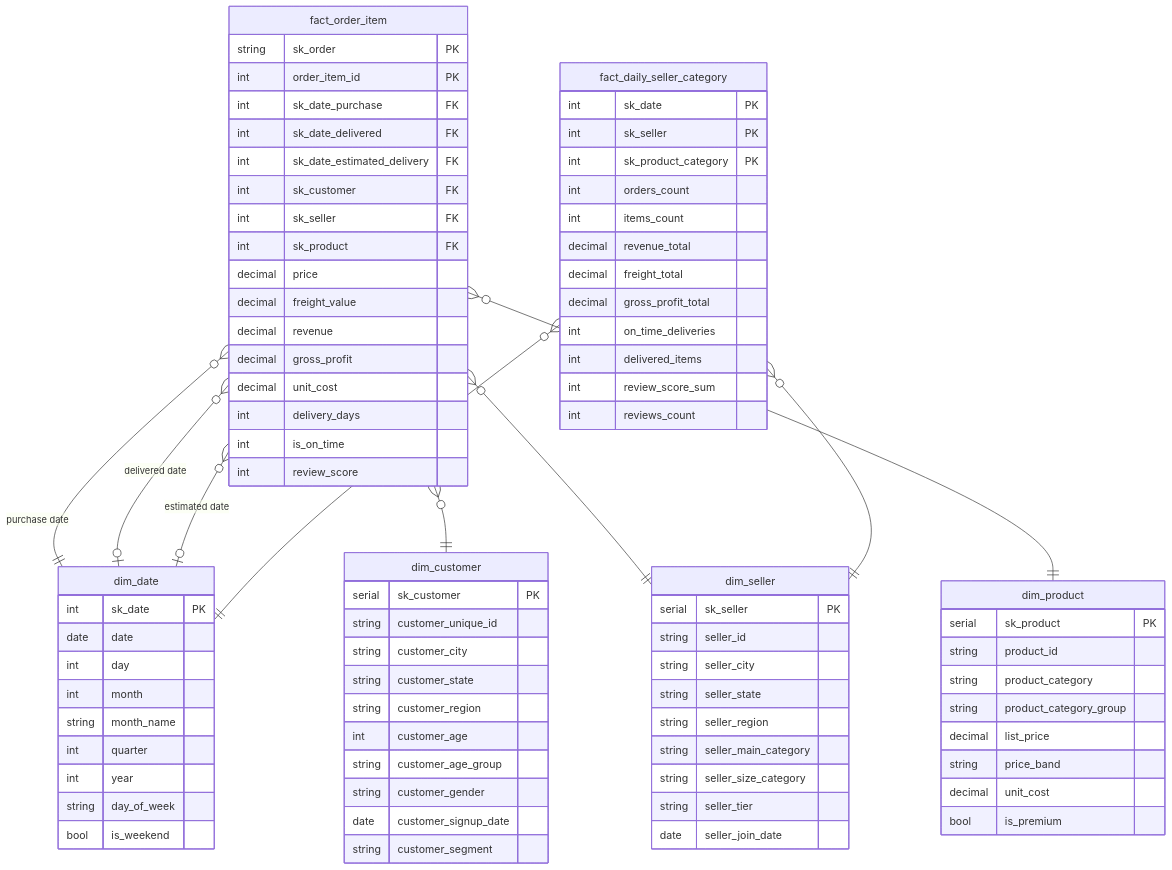
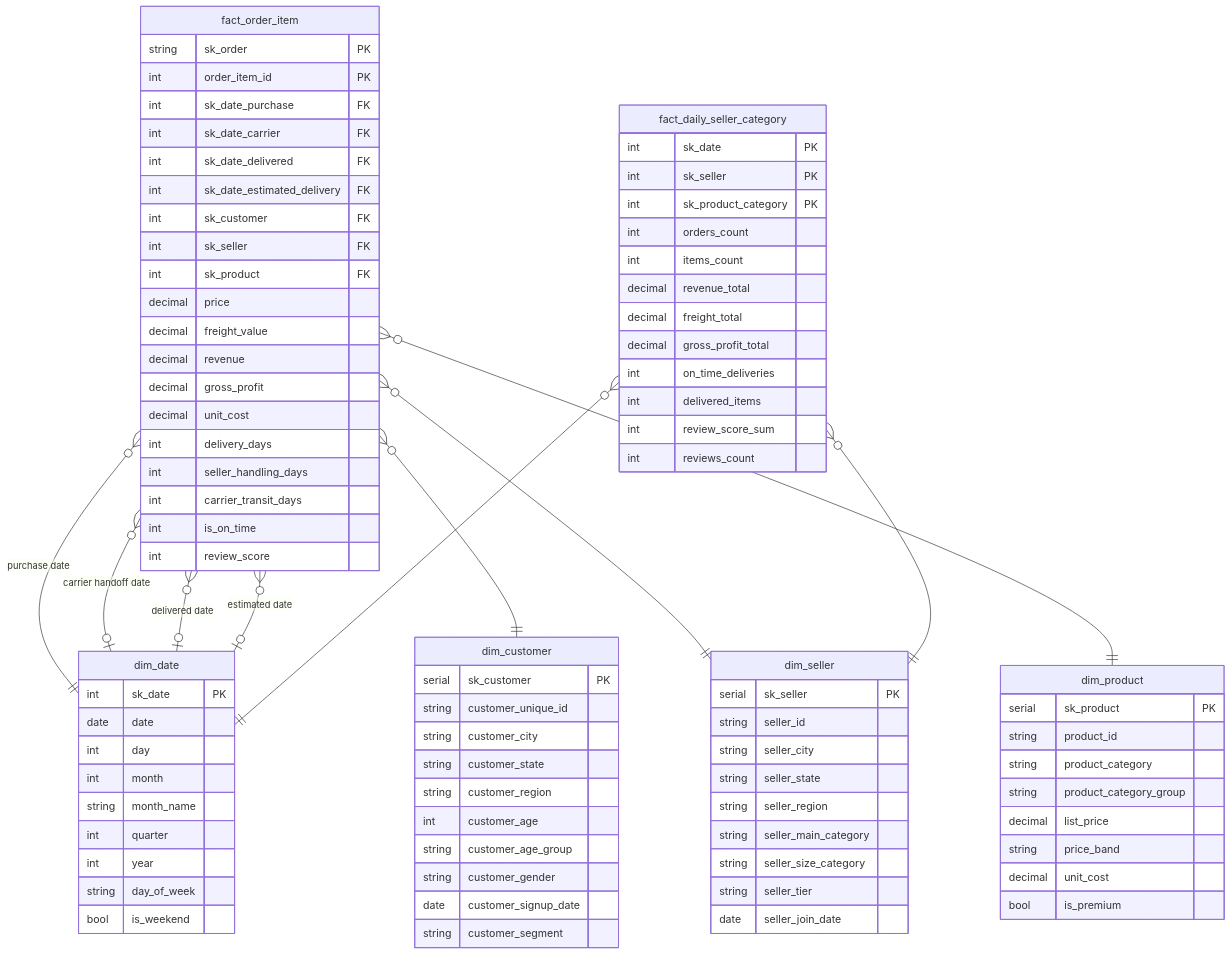
The first of 2 diagrams in README.md (danidata25/BI), drawn with Mermaid before and after one commit. The commit also changed other lines of this file and 4 other files, not shown here.

Commit message:
DW: split delivery time into seller-handling vs carrier-transit phases; redesign Report A around delivery accountability (drop pie + simulated margin)

```diff
--- a/README.md
+++ b/README.md
@@ -92,6 +92,7 @@
         string sk_order PK
         int order_item_id PK
         int sk_date_purchase FK
+        int sk_date_carrier FK
         int sk_date_delivered FK
         int sk_date_estimated_delivery FK
         int sk_customer FK
@@ -103,6 +104,8 @@
         decimal gross_profit
         decimal unit_cost
         int delivery_days
+        int seller_handling_days
+        int carrier_transit_days
         int is_on_time
         int review_score
     }
@@ -122,6 +125,7 @@
     }
 
     fact_order_item }o--|| dim_date : "purchase date"
+    fact_order_item }o--o| dim_date : "carrier handoff date"
     fact_order_item }o--o| dim_date : "delivered date"
     fact_order_item }o--o| dim_date : "estimated date"
     fact_order_item }o--|| dim_customer : ""
```
